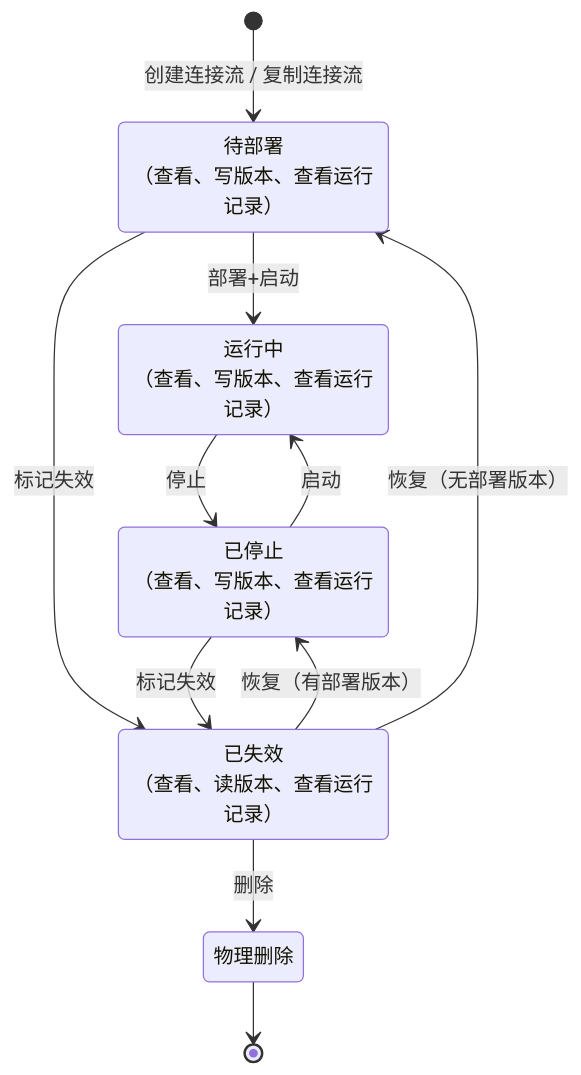
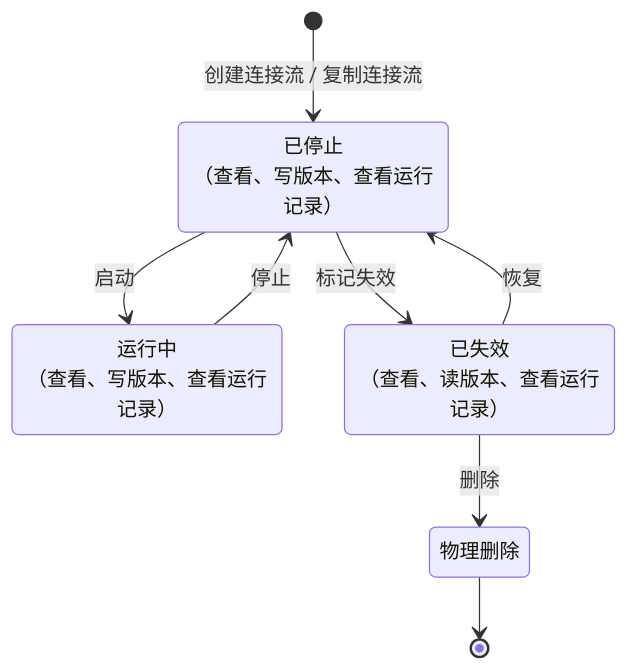
Before and after one commit to THZSummer/open-app: the fourth of 6 diagrams in .sddu/specs-tree-root/specs-tree-connector-platform-v3/spec.md, drawn with Mermaid. The commit also changed other lines of this file and 4 other files, not shown here.

````diff
--- a/.sddu/specs-tree-root/specs-tree-connector-platform-v3/spec.md
+++ b/.sddu/specs-tree-root/specs-tree-connector-platform-v3/spec.md
@@ -265,18 +267,14 @@
 ```mermaid
 stateDiagram-v2
-    state "待部署<br/>（查看、写版本、查看运行记录）" as 待部署
+    state "已停止<br/>（查看、写版本、查看运行记录）" as 已停止
     state "运行中<br/>（查看、写版本、查看运行记录）" as 运行中
-    state "已停止<br/>（查看、写版本、查看运行记录）" as 已停止
     state "已失效<br/>（查看、读版本、查看运行记录）" as 已失效
 
-    [*] --> 待部署 : 创建连接流 / 复制连接流
-    待部署 --> 运行中 : 部署+启动
-    待部署 --> 已失效 : 标记失效
+    [*] --> 已停止 : 创建连接流 / 复制连接流
+    已停止 --> 运行中 : 启动
     运行中 --> 已停止 : 停止
-    已停止 --> 运行中 : 启动
     已停止 --> 已失效 : 标记失效
-    已失效 --> 已停止 : 恢复（有部署版本）
-    已失效 --> 待部署 : 恢复（无部署版本）
+    已失效 --> 已停止 : 恢复
     已失效 --> 物理删除 : 删除
     物理删除 --> [*]
 ```
````
